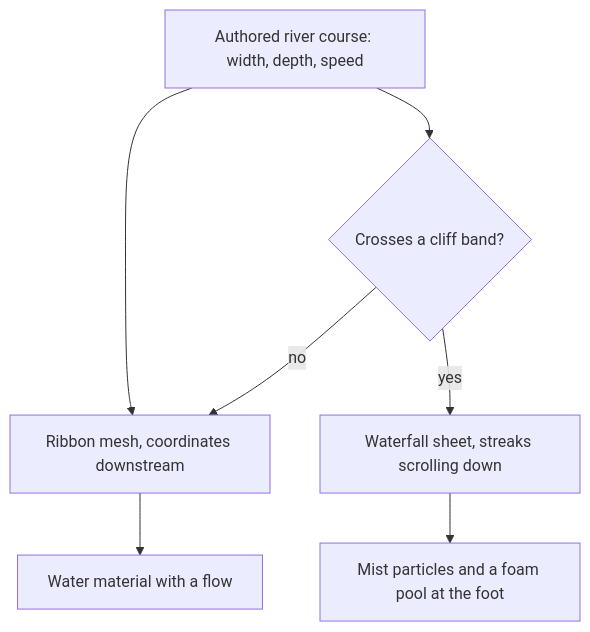
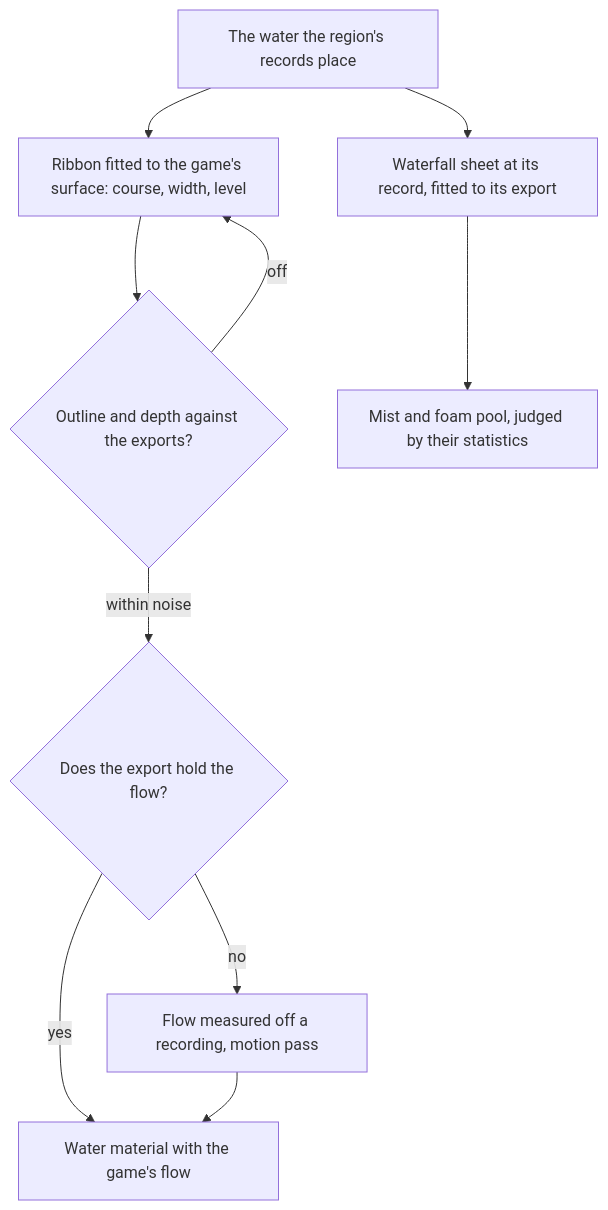
The diagram in apps/web/content/docs/proposals/genshin/flowing-water.md (Esposter/Esposter), drawn with Mermaid before and after one commit. The commit also changed other lines of this file and 35 other files, not shown here.

````diff
--- a/apps/web/content/docs/proposals/genshin/flowing-water.md
+++ b/apps/web/content/docs/proposals/genshin/flowing-water.md
@@ -19,9 +20,11 @@
 ```mermaid
 flowchart TD
-  C[Authored river course: width, depth, speed] --> R[Ribbon mesh, coordinates downstream]
-  R --> M[Water material with a flow]
-  C --> X{Crosses a cliff band?}
-  X -->|yes| W[Waterfall sheet, streaks scrolling down]
-  W --> F[Mist particles and a foam pool at the foot]
-  X -->|no| R
+  REC["The water the region's records place"] --> R["Ribbon fitted to the game's surface: course, width, level"]
+  R --> SH{"Outline and depth against the exports?"}
+  SH -->|off| R
+  SH -->|within noise| FLOW{"Does the export hold the flow?"}
+  FLOW -->|yes| M["Water material with the game's flow"]
+  FLOW -->|no| MEAS["Flow measured off a recording, motion pass"] --> M
+  REC --> W["Waterfall sheet at its record, fitted to its export"]
+  W --> F["Mist and foam pool, judged by their statistics"]
 ```
````
